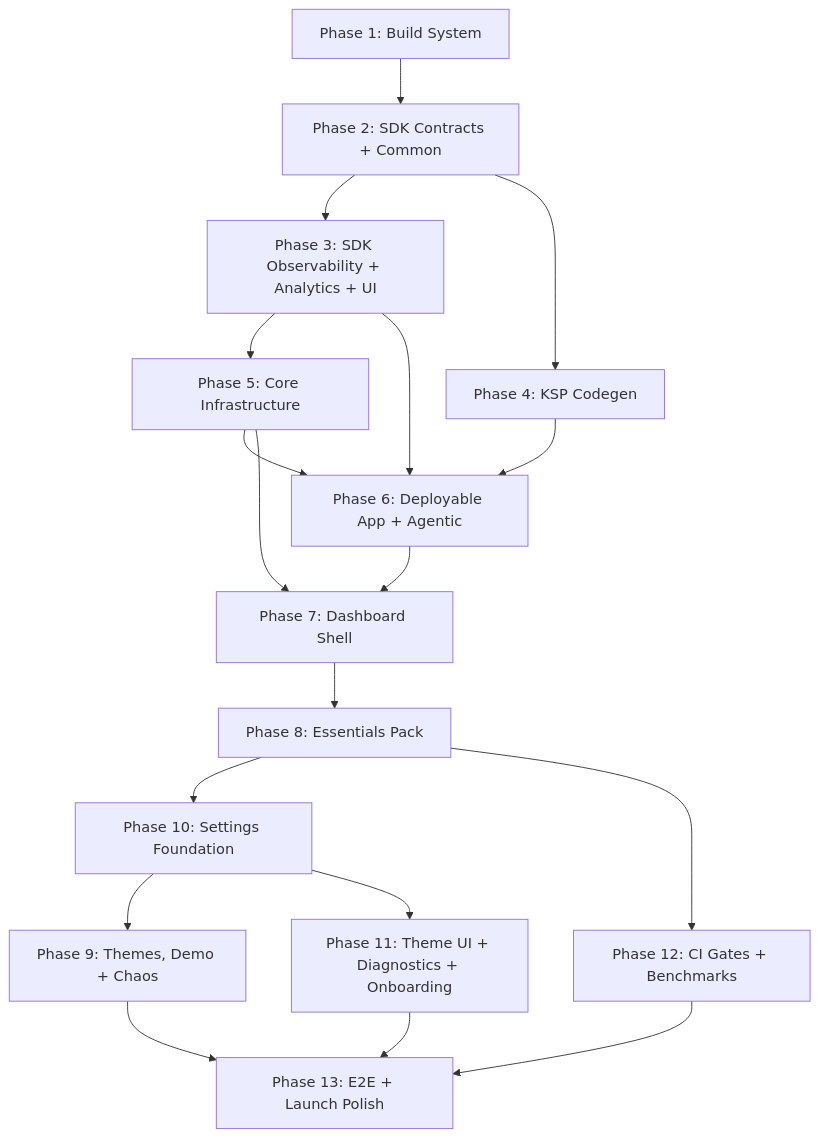
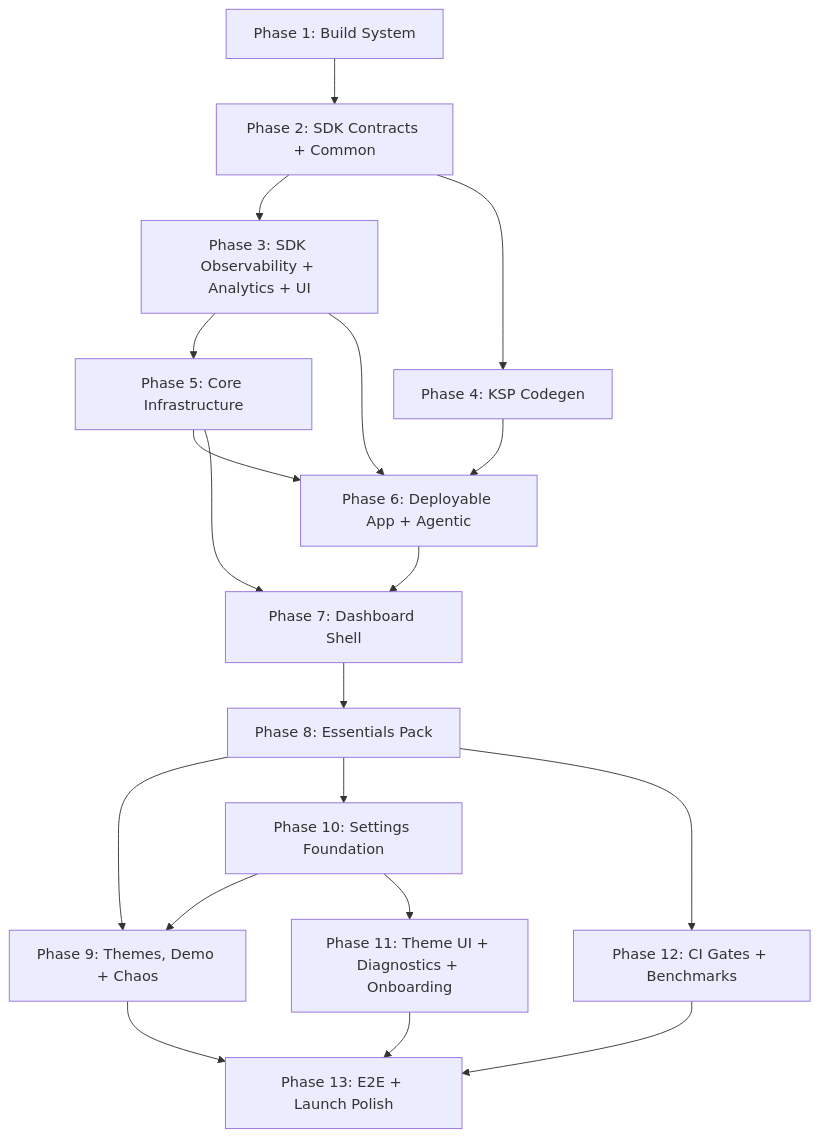
The diagram in .planning/ROADMAP.md (ohmgh/dqxn), drawn with Mermaid before and after one commit. The commit also changed other lines of this file and 2 other files, not shown here.

````diff
--- a/.planning/ROADMAP.md
+++ b/.planning/ROADMAP.md
@@ -298,20 +298,21 @@
 ```mermaid
 graph TD
     P1[Phase 1: Build System] --> P2[Phase 2: SDK Contracts + Common]
     P2 --> P3[Phase 3: SDK Observability + Analytics + UI]
     P2 --> P4[Phase 4: KSP Codegen]
     P3 --> P5[Phase 5: Core Infrastructure]
     P3 --> P6[Phase 6: Deployable App + Agentic]
     P4 --> P6
     P5 --> P6
     P5 --> P7[Phase 7: Dashboard Shell]
     P6 --> P7
     P7 --> P8[Phase 8: Essentials Pack]
+    P8 --> P9[Phase 9: Themes, Demo + Chaos]
     P8 --> P10[Phase 10: Settings Foundation]
     P8 --> P12[Phase 12: CI Gates + Benchmarks]
-    P10 --> P9[Phase 9: Themes, Demo + Chaos]
+    P10 --> P9
     P10 --> P11[Phase 11: Theme UI + Diagnostics + Onboarding]
     P9 --> P13[Phase 13: E2E + Launch Polish]
     P11 --> P13
     P12 --> P13
 ```
````
